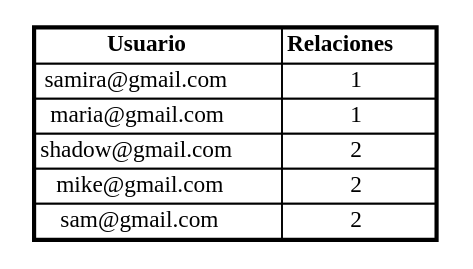
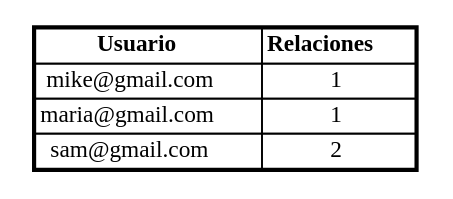
The diagram in Fase1/output/top5MenosAmigos.dot (Kevin-alvarez1/PROYECTO_MULTIFASES_RED_SOCIAL), drawn with Graphviz before and after one commit. The commit also changed 20 other files, not shown here.

```diff
--- a/Fase1/output/top5MenosAmigos.dot
+++ b/Fase1/output/top5MenosAmigos.dot
@@ -1,12 +1,10 @@
 digraph G {
 node [shape=plaintext];
 TOP5_USUARIOS [label=<
 <table border='2' cellborder='1' cellspacing='0'>
 <tr><td><b>Usuario</b></td><td><b>Relaciones</b></td></tr>
-<tr><td>samira@gmail.com</td><td>1</td></tr>
+<tr><td>mike@gmail.com</td><td>1</td></tr>
 <tr><td>maria@gmail.com</td><td>1</td></tr>
-<tr><td>shadow@gmail.com</td><td>2</td></tr>
-<tr><td>mike@gmail.com</td><td>2</td></tr>
 <tr><td>sam@gmail.com</td><td>2</td></tr>
 </table>>];
 }
```
